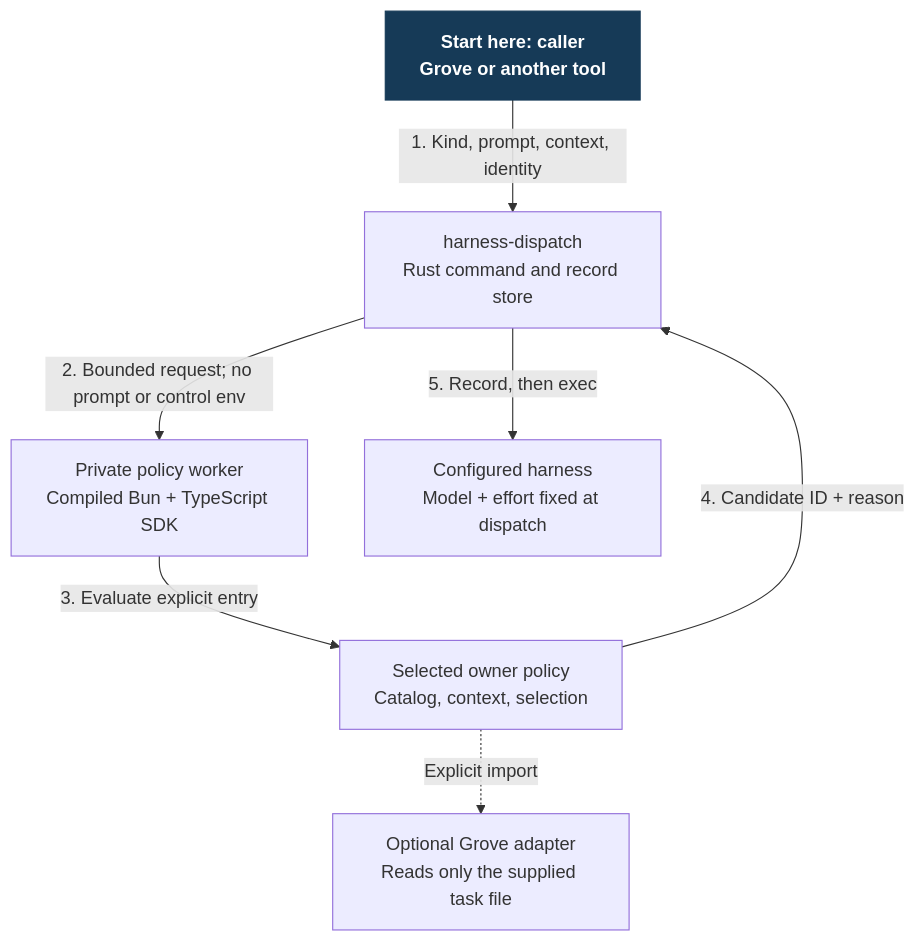
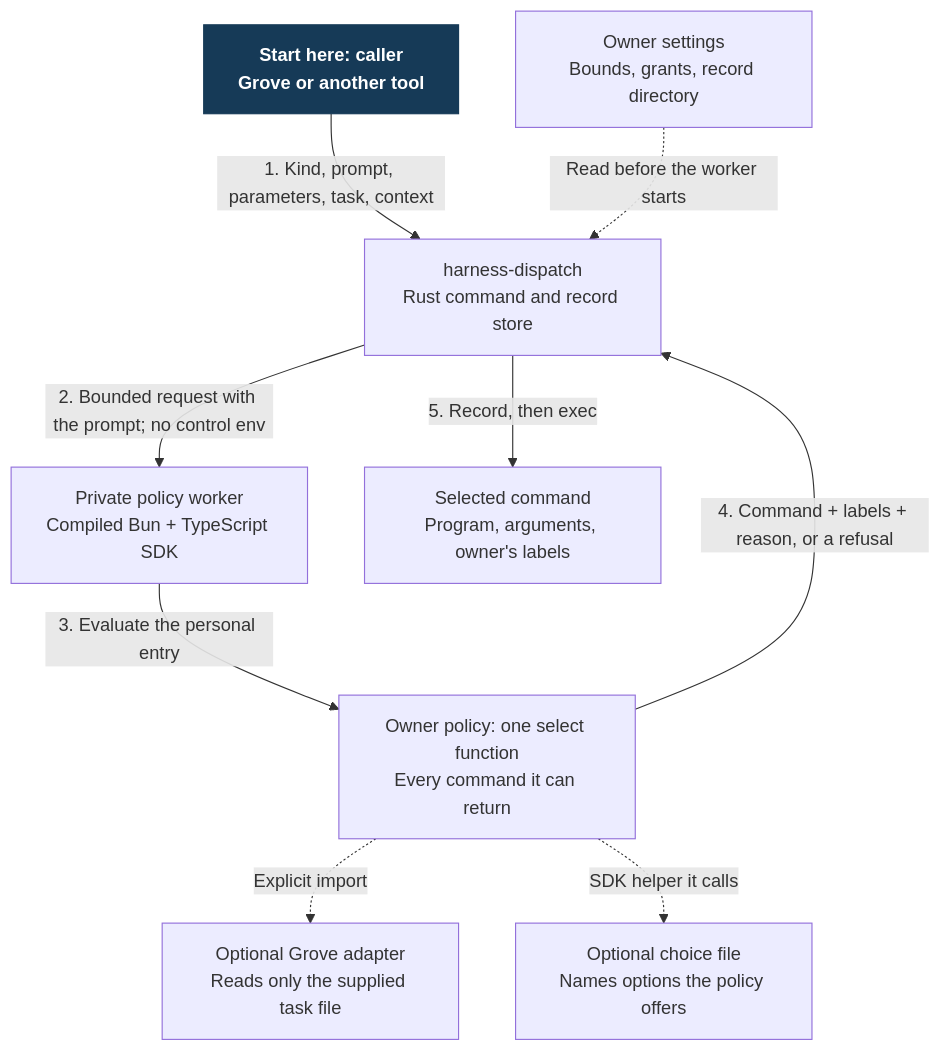
The diagram in docs/design/harness-selection-and-execution/packages.mmd (Linkuistics/grove), drawn with Mermaid before and after one commit. The commit also changed 20 other files, not shown here.

First line of the commit message:
direct-dispatch-k3: design Grove's direct launch through harness-dispatch; cut direct-dispatch-k5 to review it

```diff
--- a/docs/design/harness-selection-and-execution/packages.mmd
+++ b/docs/design/harness-selection-and-execution/packages.mmd
@@ -1,14 +1,18 @@
 flowchart TB
   Caller["Start here: caller\nGrove or another tool"]:::start
   Native["harness-dispatch\nRust command and record store"]
+  Settings["Owner settings\nBounds, grants, record directory"]
   Worker["Private policy worker\nCompiled Bun + TypeScript SDK"]
-  Policy["Selected owner policy\nCatalog, context, selection"]
+  Policy["Owner policy: one select function\nEvery command it can return"]
   Adapter["Optional Grove adapter\nReads only the supplied task file"]
-  Harness["Configured harness\nModel + effort fixed at dispatch"]
-  Caller -->|"1. Kind, prompt, context, identity"| Native
-  Native -->|"2. Bounded request; no prompt or control env"| Worker
-  Worker -->|"3. Evaluate explicit entry"| Policy
+  Choice["Optional choice file\nNames options the policy offers"]
+  Harness["Selected command\nProgram, arguments, owner's labels"]
+  Caller -->|"1. Kind, prompt, parameters, task, context"| Native
+  Settings -.->|"Read before the worker starts"| Native
+  Native -->|"2. Bounded request with the prompt; no control env"| Worker
+  Worker -->|"3. Evaluate the personal entry"| Policy
   Policy -.->|"Explicit import"| Adapter
-  Policy -->|"4. Candidate ID + reason"| Native
+  Policy -.->|"SDK helper it calls"| Choice
+  Policy -->|"4. Command + labels + reason, or a refusal"| Native
   Native -->|"5. Record, then exec"| Harness
   classDef start fill:#163a57,color:#fff,stroke:#163a57,font-weight:bold
```
